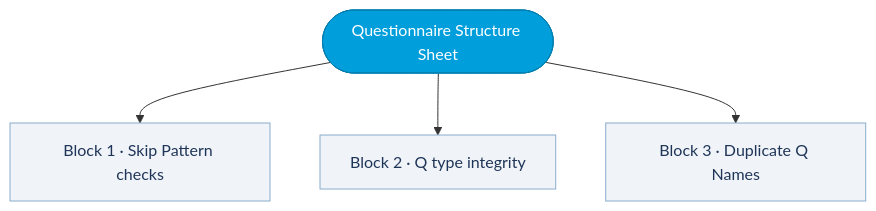
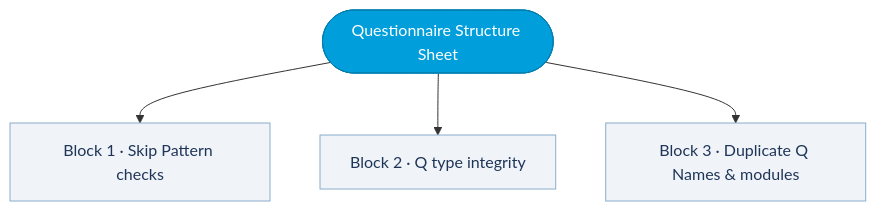
Before and after one commit to edoardoforzano1/DIEM_Questionnaire_Validation: the second of 11 diagrams in docs/workflow/geopoll-logic.md, drawn with Mermaid. The commit also changed other lines of this file and 5 other files, not shown here.

````diff
--- a/docs/workflow/geopoll-logic.md
+++ b/docs/workflow/geopoll-logic.md
@@ -128,14 +128,14 @@
 ```mermaid
 flowchart TD
     S(["Questionnaire Structure Sheet"])
     S --> SP & QT & DQ
 
     SP["Block 1 · Skip Pattern checks"]
     QT["Block 2 · Q type integrity"]
-    DQ["Block 3 · Duplicate Q Names"]
+    DQ["Block 3 · Duplicate Q Names & modules"]
 
     style S  fill:#009edb,stroke:#007eaf,color:#fff
     style SP fill:#f0f4f8,stroke:#8aaccc,color:#1f3558
     style QT fill:#f0f4f8,stroke:#8aaccc,color:#1f3558
     style DQ fill:#f0f4f8,stroke:#8aaccc,color:#1f3558
 ```
````
